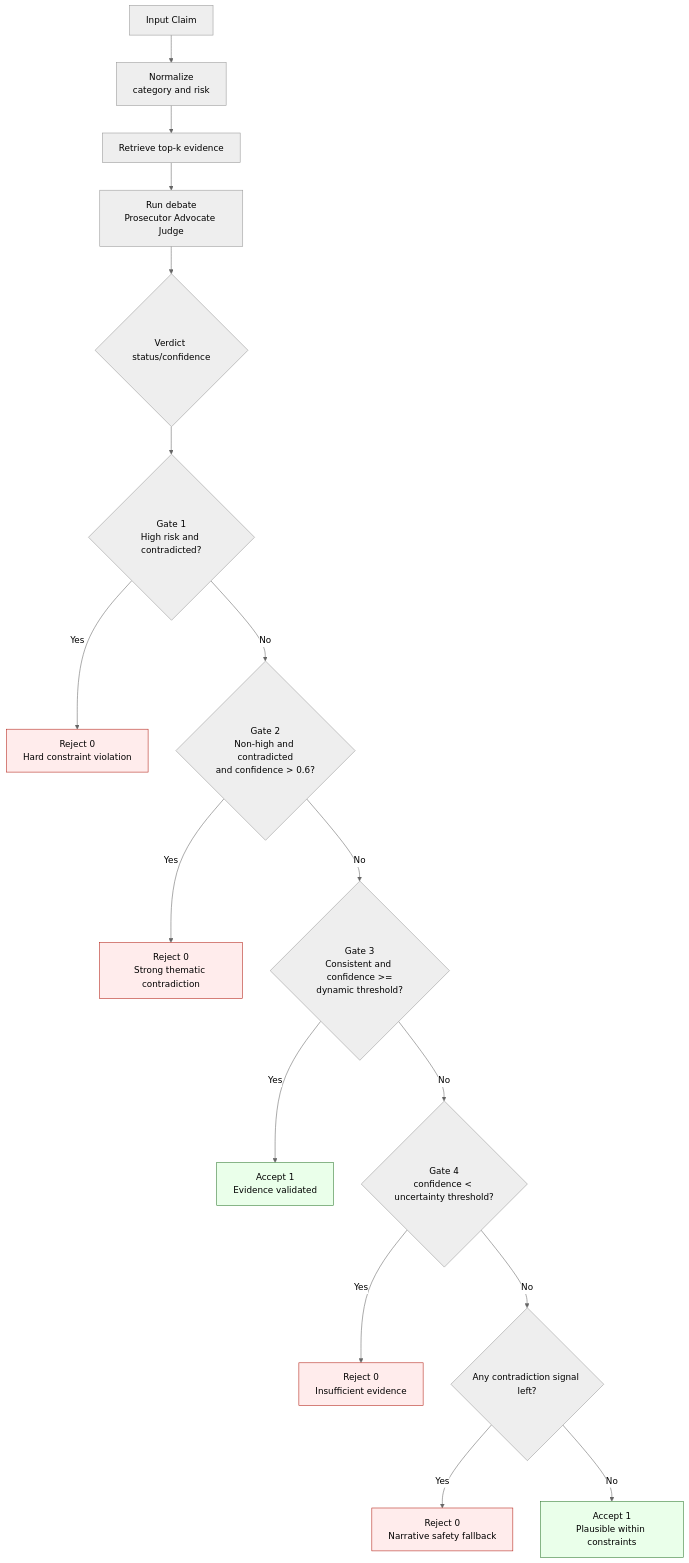
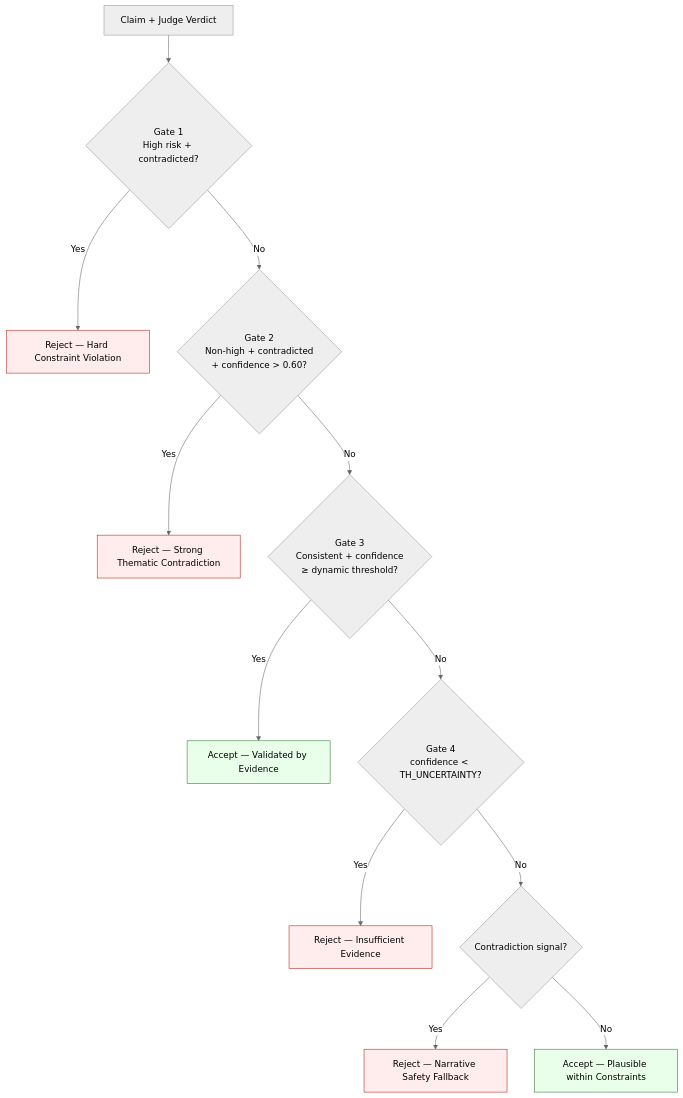
The second of 2 diagrams in README.md (Roshansingh9/Narrative-Consistency-Engine), drawn with Mermaid (neutral theme) before and after one commit. The commit also changed other lines of this file, not shown here.

````diff
--- a/README.md
+++ b/README.md
@@ -307,27 +219,19 @@
 ```mermaid
 flowchart TD
-	A[Input Claim] --> B[Normalize\ncategory and risk]
-	B --> C[Retrieve top-k evidence]
-	C --> D[Run debate\nProsecutor Advocate Judge]
-	D --> E{Verdict status/confidence}
+    A[Claim + Judge Verdict] --> G1{Gate 1\nHigh risk + contradicted?}
+    G1 -- Yes --> R0A[Reject — Hard Constraint Violation]
+    G1 -- No --> G2{Gate 2\nNon-high + contradicted\n+ confidence > 0.60?}
+    G2 -- Yes --> R0B[Reject — Strong Thematic Contradiction]
+    G2 -- No --> G3{Gate 3\nConsistent + confidence\n≥ dynamic threshold?}
+    G3 -- Yes --> R1A[Accept — Validated by Evidence]
+    G3 -- No --> G4{Gate 4\nconfidence < TH_UNCERTAINTY?}
+    G4 -- Yes --> R0C[Reject — Insufficient Evidence]
+    G4 -- No --> F{Contradiction signal?}
+    F -- Yes --> R0D[Reject — Narrative Safety Fallback]
+    F -- No --> R1B[Accept — Plausible within Constraints]
 
-	E --> G1{Gate 1\nHigh risk and contradicted?}
-	G1 -- Yes --> R0A[Reject 0\nHard constraint violation]
-	G1 -- No --> G2{Gate 2\nNon-high and contradicted\nand confidence > 0.6?}
-
-	G2 -- Yes --> R0B[Reject 0\nStrong thematic contradiction]
-	G2 -- No --> G3{Gate 3\nConsistent and confidence >=\ndynamic threshold?}
-
-	G3 -- Yes --> R1A[Accept 1\nEvidence validated]
-	G3 -- No --> G4{Gate 4\nconfidence < uncertainty threshold?}
-
-	G4 -- Yes --> R0C[Reject 0\nInsufficient evidence]
-	G4 -- No --> F{Any contradiction signal left?}
-	F -- Yes --> R0D[Reject 0\nNarrative safety fallback]
-	F -- No --> R1B[Accept 1\nPlausible within constraints]
-
-	classDef reject fill:#ffecec,stroke:#b42318,stroke-width:1px;
-	classDef accept fill:#eaffea,stroke:#2f7a2f,stroke-width:1px;
-	class R0A,R0B,R0C,R0D reject;
-	class R1A,R1B accept;
+    classDef reject fill:#ffecec,stroke:#b42318,stroke-width:1px;
+    classDef accept fill:#eaffea,stroke:#2f7a2f,stroke-width:1px;
+    class R0A,R0B,R0C,R0D reject;
+    class R1A,R1B accept;
 ```
````
